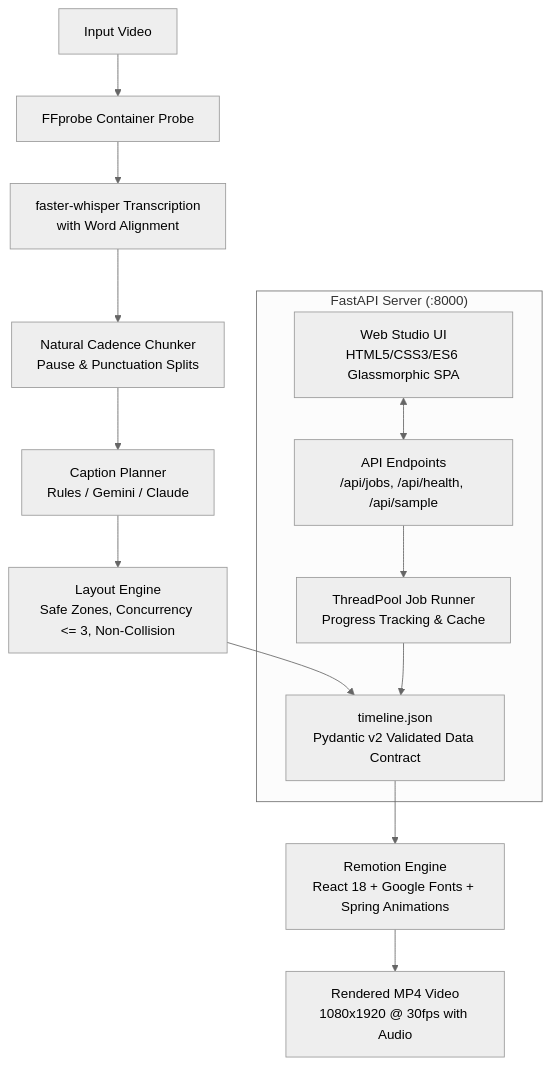
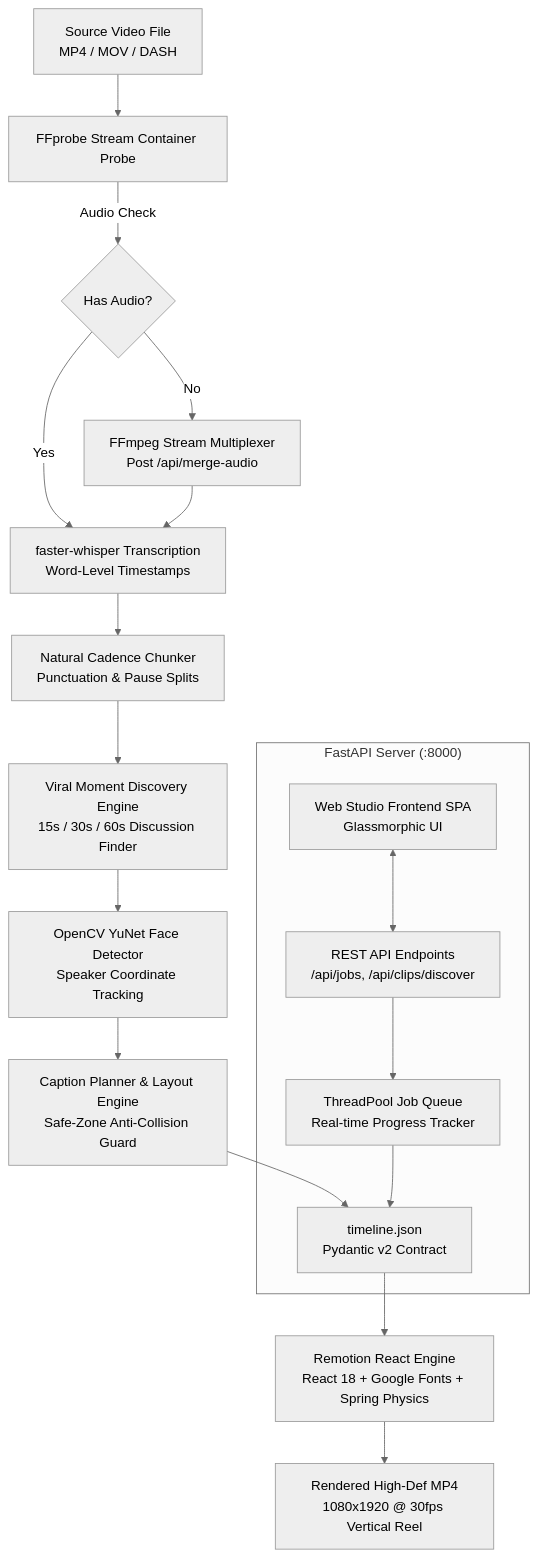
Before and after one commit to AshadAbbasi212/VibeCut-AI: the diagram in README.md, drawn with Mermaid (neutral theme). The commit also changed other lines of this file and 3 other files, not shown here.

````diff
--- a/README.md
+++ b/README.md
@@ -25,20 +65,24 @@
 ```mermaid
 flowchart TD
-    A[Input Video] --> B[FFprobe Container Probe]
-    B --> C[faster-whisper Transcription\nwith Word Alignment]
-    C --> D[Natural Cadence Chunker\nPause & Punctuation Splits]
-    D --> E[Caption Planner\nRules / Gemini / Claude]
-    E --> F[Layout Engine\nSafe Zones, Concurrency <= 3, Non-Collision]
-    F --> G[timeline.json\nPydantic v2 Validated Data Contract]
-    G --> H[Remotion Engine\nReact 18 + Google Fonts + Spring Animations]
-    H --> I[Rendered MP4 Video\n1080x1920 @ 30fps with Audio]
+    A[Source Video File\nMP4 / MOV / DASH] --> B[FFprobe Stream Container Probe]
+    B -->|Audio Check| C{Has Audio?}
+    C -->|No| D[FFmpeg Stream Multiplexer\nPost /api/merge-audio]
+    C -->|Yes| E[faster-whisper Transcription\nWord-Level Timestamps]
+    D --> E
+    E --> F[Natural Cadence Chunker\nPunctuation & Pause Splits]
+    F --> G[Viral Moment Discovery Engine\n15s / 30s / 60s Discussion Finder]
+    G --> H[OpenCV YuNet Face Detector\nSpeaker Coordinate Tracking]
+    H --> I[Caption Planner & Layout Engine\nSafe-Zone Anti-Collision Guard]
+    I --> J[timeline.json\nPydantic v2 Contract]
+    J --> K[Remotion React Engine\nReact 18 + Google Fonts + Spring Physics]
+    K --> L[Rendered High-Def MP4\n1080x1920 @ 30fps Vertical Reel]
 
     subgraph "FastAPI Server (:8000)"
-        J[Web Studio UI\nHTML5/CSS3/ES6 Glassmorphic SPA]
-        K[API Endpoints\n/api/jobs, /api/health, /api/sample]
-        L[ThreadPool Job Runner\nProgress Tracking & Cache]
-        J <--> K
-        K --> L
-        L --> G
+        M[Web Studio Frontend SPA\nGlassmorphic UI]
+        N[REST API Endpoints\n/api/jobs, /api/clips/discover]
+        O[ThreadPool Job Queue\nReal-time Progress Tracker]
+        M <--> N
+        N --> O
+        O --> J
     end
 ```
````
